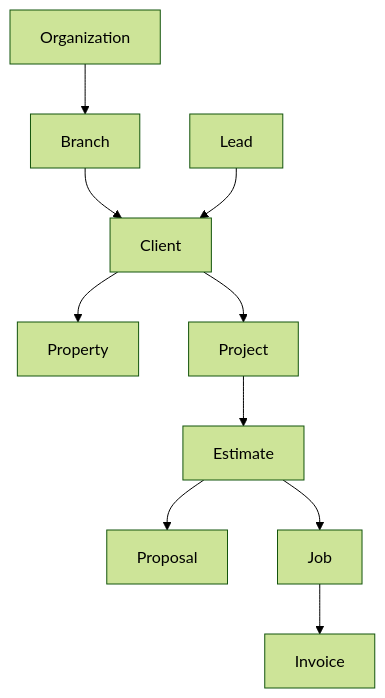
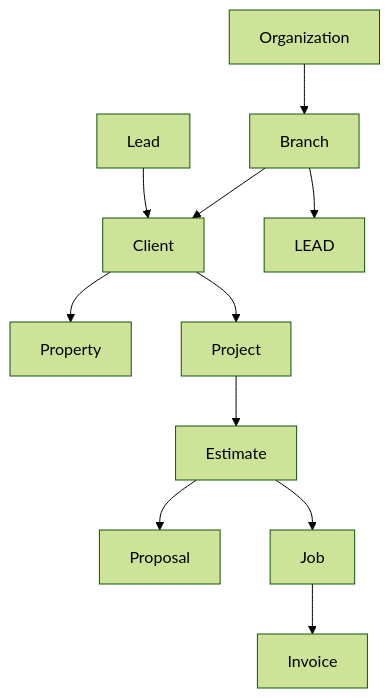
One commit to Attic-Tech/docs changed the diagram in guides/start/core-concepts.mdx. Above: the diagram before and after it, drawn with Mermaid (forest theme).

Commit message:
Updated mintlify pages
- Updated guides/start/core-concepts.mdx

Mintlify-Source: dashboard-editor

````diff
--- a/guides/start/core-concepts.mdx
+++ b/guides/start/core-concepts.mdx
@@ -73,12 +73,13 @@
 ```mermaid
 flowchart TD
   ORG[Organization] --> BR[Branch]
   BR --> CL[Client]
+  BR --> L[LEAD]
   LEAD[Lead] --> CL
   CL --> PR[Property]
   CL --> PROJ[Project]
   PROJ --> EST[Estimate]
   EST --> PROP[Proposal]
   EST --> JOB[Job]
   JOB --> INV[Invoice]
 ```
````
